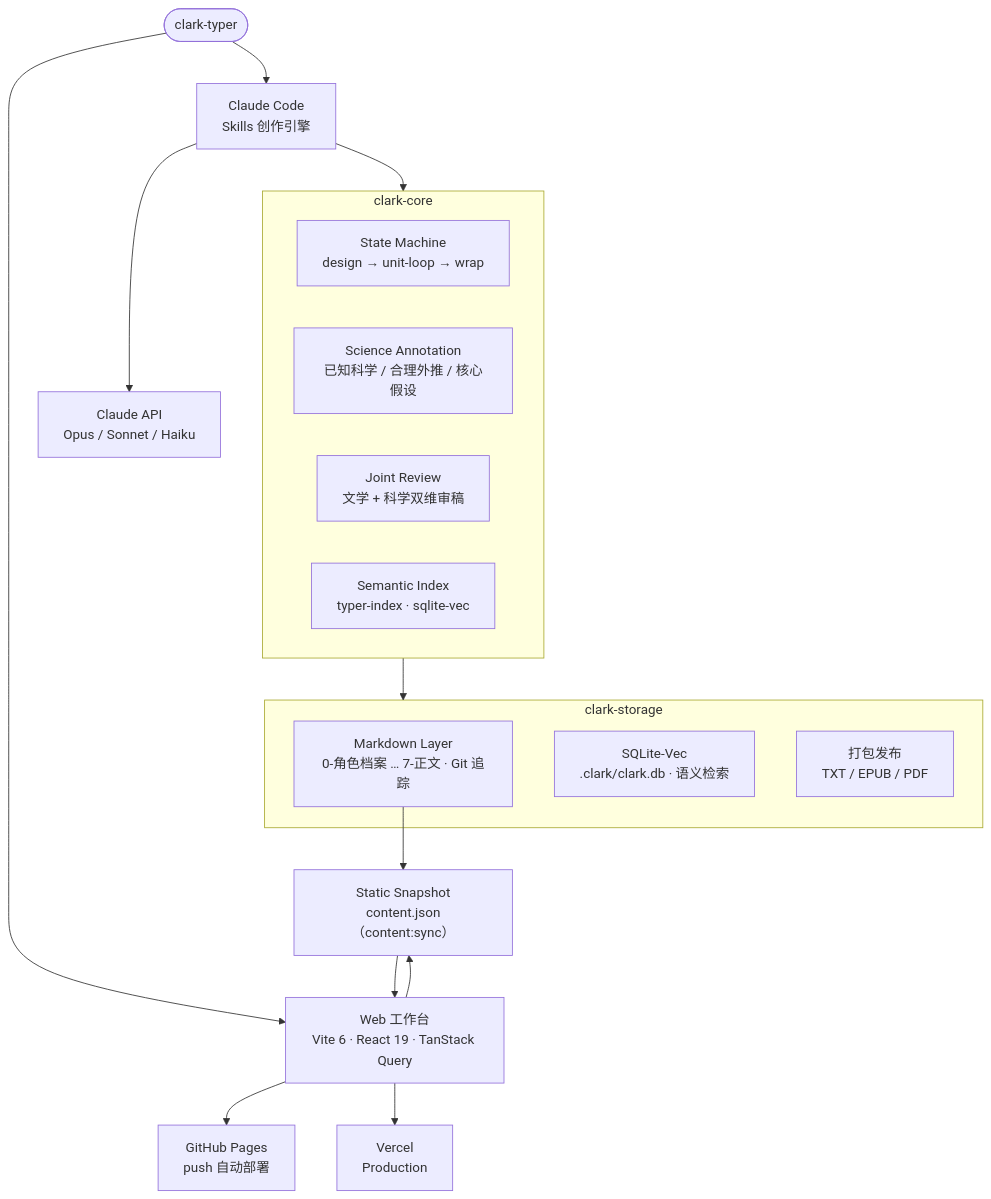
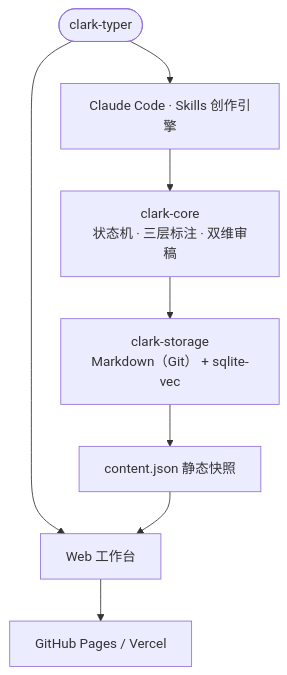
One commit to niyongsheng/clark-typer changed the first of 2 diagrams in README.md. Above: the diagram before and after it, drawn with Mermaid. The commit also changed other lines of this file, not shown here.

Commit message:
docs: simplify architecture and workflow diagrams
Condense the Mermaid architecture and state diagrams in README.md.

````diff
--- a/README.md
+++ b/README.md
@@ -29,29 +29,10 @@
 ```mermaid
 flowchart TB
-    Entry(["clark-typer"]) --> Claude["Claude Code<br/>Skills 创作引擎"]
-    Entry --> Web["Web 工作台<br/>Vite 6 · React 19 · TanStack Query"]
-
-    Claude --> Core["clark-core"]
-    Web --> Snapshot["Static Snapshot<br/>content.json（content:sync）"]
-
-    subgraph Core["clark-core"]
-        SM["State Machine<br/>design → unit-loop → wrap"]
-        ANNO["Science Annotation<br/>已知科学 / 合理外推 / 核心假设"]
-        REVIEW["Joint Review<br/>文学 + 科学双维审稿"]
-        INDEX["Semantic Index<br/>typer-index · sqlite-vec"]
-    end
-
-    subgraph Storage["clark-storage"]
-        MD["Markdown Layer<br/>0-角色档案 … 7-正文 · Git 追踪"]
-        DB["SQLite-Vec<br/>.clark/clark.db · 语义检索"]
-        PKG["打包发布<br/>TXT / EPUB / PDF"]
-    end
-
-    Core --> Storage
-    MD --> Snapshot
+    Entry(["clark-typer"]) --> Claude["Claude Code · Skills 创作引擎"]
+    Entry --> Web["Web 工作台"]
+    Claude --> Core["clark-core<br/>状态机 · 三层标注 · 双维审稿"]
+    Core --> Storage["clark-storage<br/>Markdown（Git） + sqlite-vec"]
+    Storage --> Snapshot["content.json 静态快照"]
     Snapshot --> Web
-
-    Claude --> ClaudeAPI["Claude API<br/>Opus / Sonnet / Haiku"]
-    Web --> Pages["GitHub Pages<br/>push 自动部署"]
-    Web --> Vercel["Vercel<br/>Production"]
+    Web --> Deploy["GitHub Pages / Vercel"]
 ```
````
